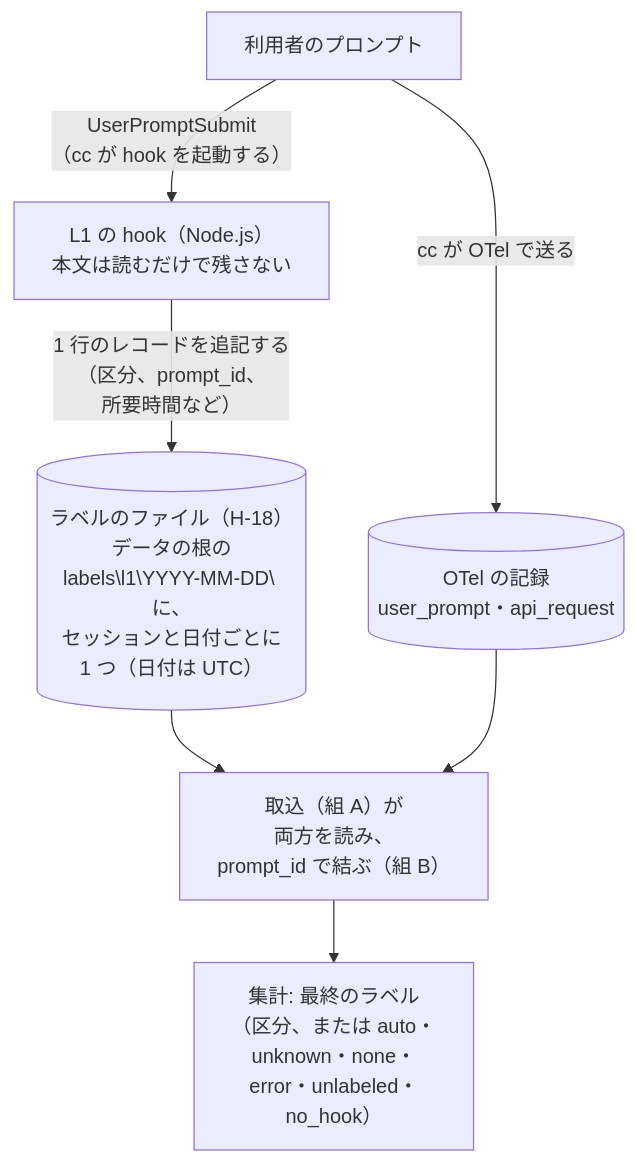
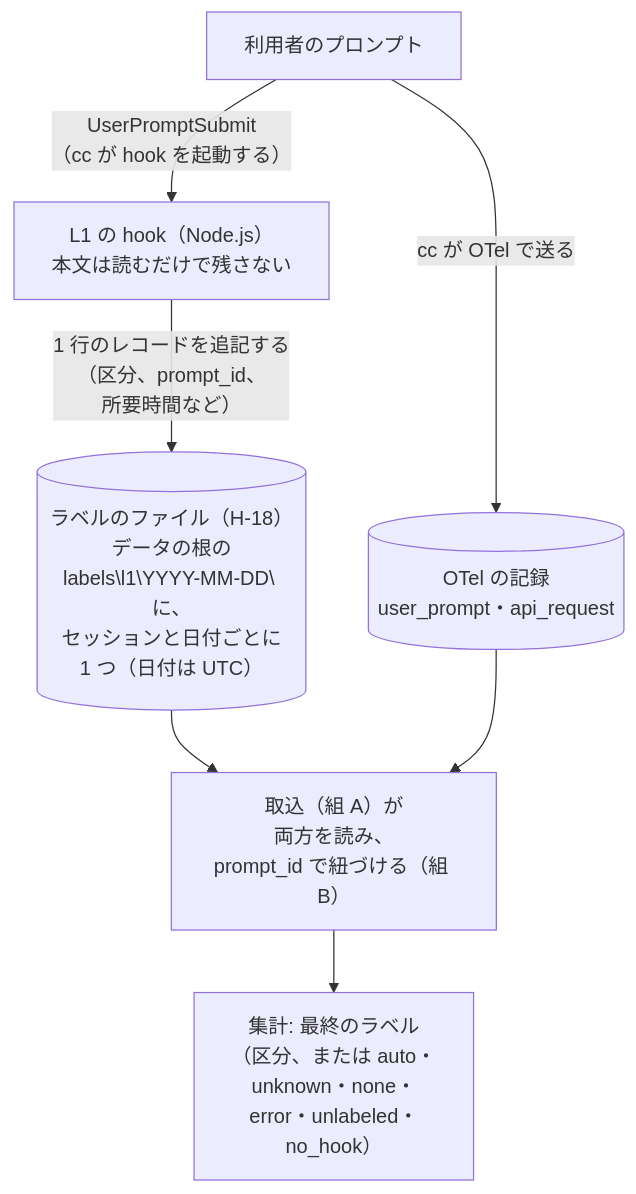
Before and after one commit to empty-can/research-by-cc: the diagram in research-for-local-mini-otel-infra/reports/02.設計/03.作業分類タグ/設計書.md, drawn with Mermaid. The commit also changed other lines of this file and 27 other files, not shown here.

````diff
--- a/research-for-local-mini-otel-infra/reports/02.設計/03.作業分類タグ/設計書.md
+++ b/research-for-local-mini-otel-infra/reports/02.設計/03.作業分類タグ/設計書.md
@@ -94,15 +94,15 @@
 ```mermaid
 flowchart TB
   P["利用者のプロンプト"]
   HK["L1 の hook（Node.js）<br>本文は読むだけで残さない"]
   LB[("ラベルのファイル（H-18）<br>データの根の<br>labels\l1\YYYY-MM-DD\ に、<br>セッションと日付ごとに<br>1 つ（日付は UTC）")]
   OT[("OTel の記録<br>user_prompt・api_request")]
-  ING["取込（組 A）が<br>両方を読み、<br>prompt_id で結ぶ（組 B）"]
+  ING["取込（組 A）が<br>両方を読み、<br>prompt_id で紐づける（組 B）"]
   AG["集計: 最終のラベル<br>（区分、または auto・<br>unknown・none・<br>error・unlabeled・<br>no_hook）"]
   P -- "UserPromptSubmit<br>（cc が hook を起動する）" --> HK
   HK -- "1 行のレコードを追記する<br>（区分、prompt_id、<br>所要時間など）" --> LB
   P -- "cc が OTel で送る" --> OT
   LB --> ING
   OT --> ING
   ING --> AG
 ```
````
